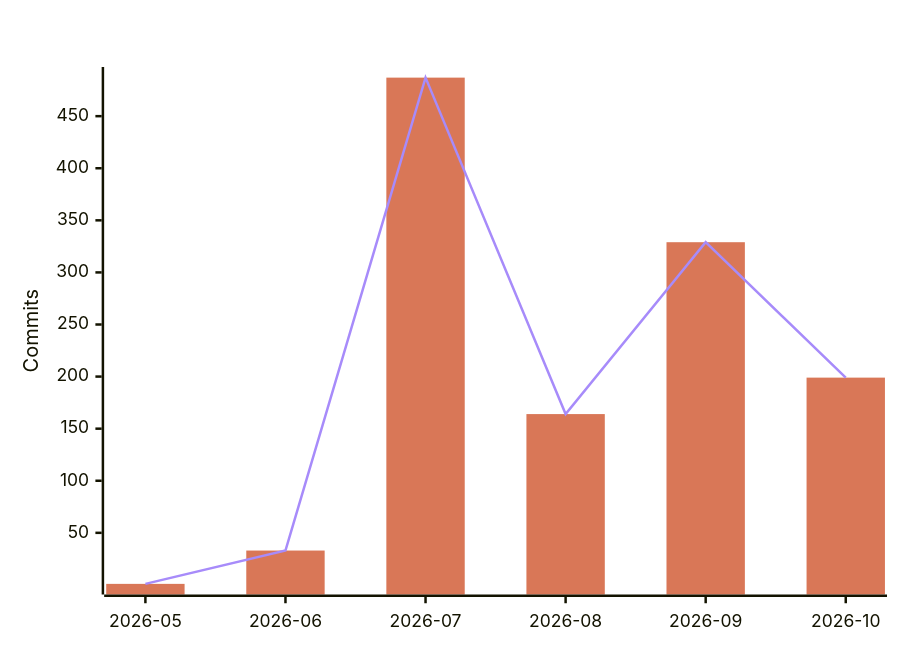
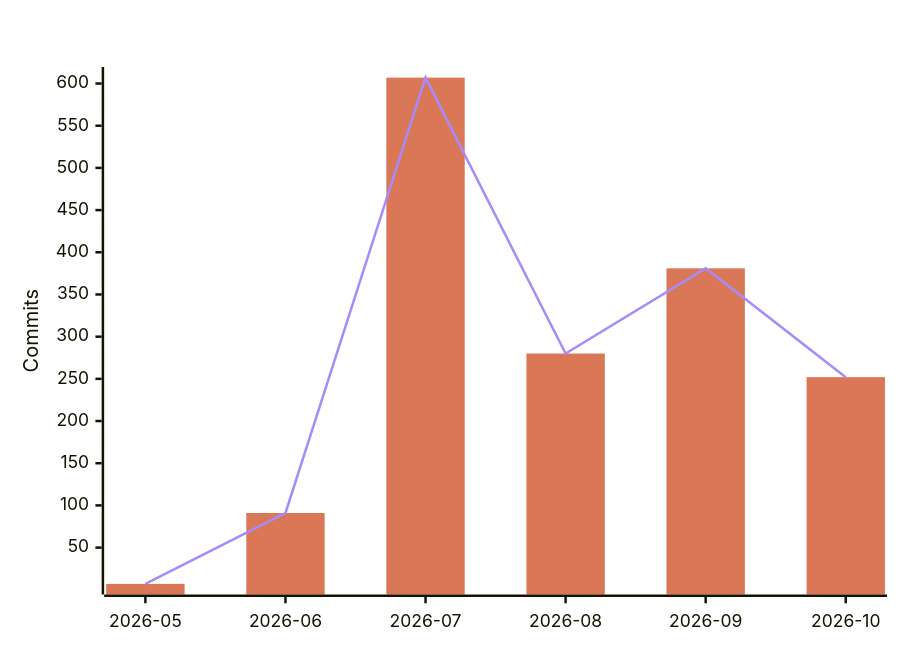
Before and after one commit to polo-nyan/polo-nyan: the fourth of 7 diagrams in README.md, drawn with Mermaid. The commit also changed other lines of this file and 1 other file, not shown here.

````diff
--- a/README.md
+++ b/README.md
@@ -293,9 +294,9 @@
 ```mermaid
 %%{init: {"xyChart": {"titleColor": "#ffffff", "xAxisLabelColor": "#ffffff", "yAxisLabelColor": "#ffffff"}, "themeVariables": {"xyChart": {"titleColor": "#ffffff", "plotColorPalette": "#d97757, #a78bfa"}}}}%%
 xychart-beta
     title "AI-Assisted Commits Per Month"
     x-axis ["2026-05", "2026-06", "2026-07", "2026-08", "2026-09", "2026-10"]
     y-axis "Commits"
-    bar [1, 33, 487, 164, 329, 199]
-    line [1, 33, 487, 164, 329, 199]
+    bar [7, 91, 607, 280, 381, 252]
+    line [7, 91, 607, 280, 381, 252]
 ```
````
